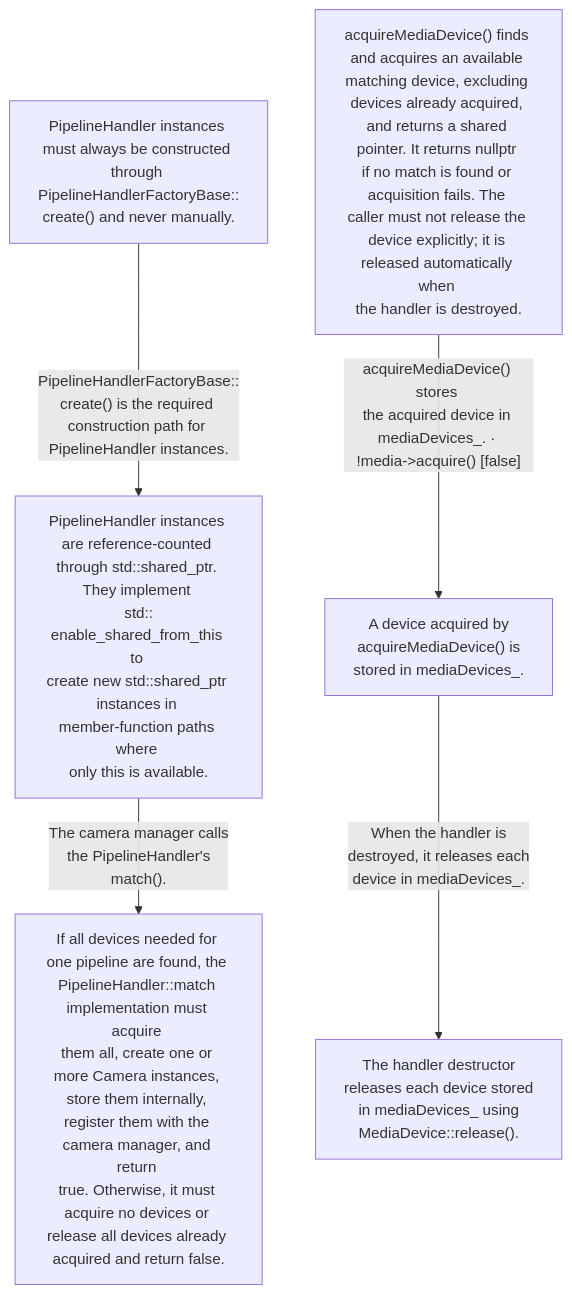
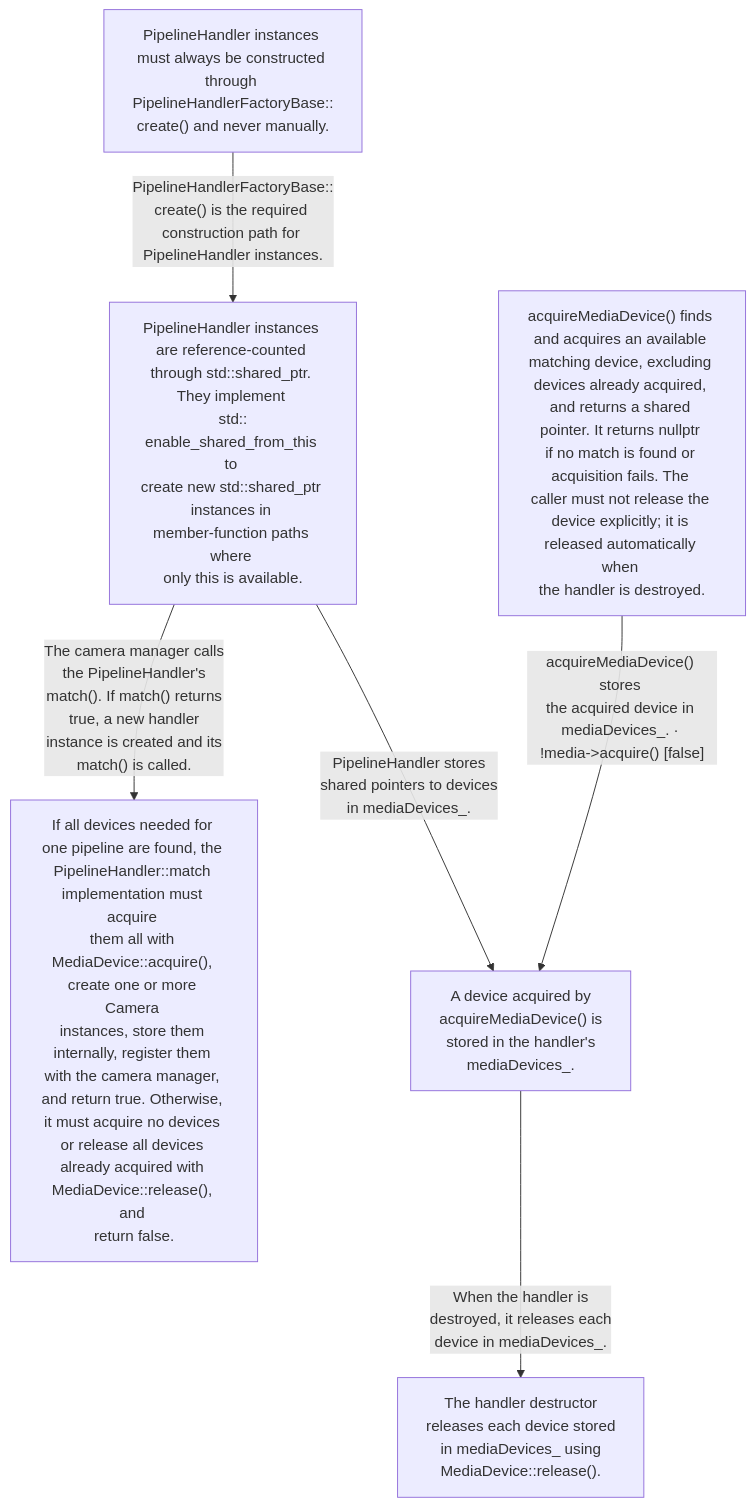
Before and after one commit to TTolsun/libcamera-sdd: the diagram in docs/en/pipeline-handler.handler-device-ownership.mmd, drawn with Mermaid. The commit also changed 146 other files, not shown here.

```diff
--- a/docs/en/pipeline-handler.handler-device-ownership.mmd
+++ b/docs/en/pipeline-handler.handler-device-ownership.mmd
@@ -1,12 +1,13 @@
 flowchart TB
 
   v_factory["PipelineHandler instances <br/>must always be constructed <br/>through <br/>PipelineHandlerFactoryBase::<br/>create#40;#41; and never manually."]
   v_handler["PipelineHandler instances <br/>are reference-counted <br/>through std::shared#95;ptr. <br/>They implement <br/>std::<br/>enable#95;shared#95;from#95;this to <br/>create new std::shared#95;ptr <br/>instances in <br/>member-function paths where <br/>only this is available."]
-  v_match["If all devices needed for <br/>one pipeline are found, the <br/>PipelineHandler::match <br/>implementation must acquire <br/>them all, create one or <br/>more Camera instances, <br/>store them internally, <br/>register them with the <br/>camera manager, and return <br/>true. Otherwise, it must <br/>acquire no devices or <br/>release all devices already <br/>acquired and return false."]
+  v_match["If all devices needed for <br/>one pipeline are found, the <br/>PipelineHandler::match <br/>implementation must acquire <br/>them all with <br/>MediaDevice::acquire#40;#41;, <br/>create one or more Camera <br/>instances, store them <br/>internally, register them <br/>with the camera manager, <br/>and return true. Otherwise, <br/>it must acquire no devices <br/>or release all devices <br/>already acquired with <br/>MediaDevice::release#40;#41;, and <br/>return false."]
   v_search["acquireMediaDevice#40;#41; finds <br/>and acquires an available <br/>matching device, excluding <br/>devices already acquired, <br/>and returns a shared <br/>pointer. It returns nullptr <br/>if no match is found or <br/>acquisition fails. The <br/>caller must not release the <br/>device explicitly; it is <br/>released automatically when <br/>the handler is destroyed."]
-  v_devices["A device acquired by <br/>acquireMediaDevice#40;#41; is <br/>stored in mediaDevices#95;."]
+  v_devices["A device acquired by <br/>acquireMediaDevice#40;#41; is <br/>stored in the handler#39;s <br/>mediaDevices#95;."]
   v_release["The handler destructor <br/>releases each device stored <br/>in mediaDevices#95; using <br/>MediaDevice::release#40;#41;."]
   v_factory -->|"PipelineHandlerFactoryBase::<br/>create#40;#41; is the required <br/>construction path for <br/>PipelineHandler instances."| v_handler
-  v_handler -->|"The camera manager calls <br/>the PipelineHandler#39;s <br/>match#40;#41;."| v_match
+  v_handler -->|"The camera manager calls <br/>the PipelineHandler#39;s <br/>match#40;#41;. If match#40;#41; returns <br/>true, a new handler <br/>instance is created and its <br/>match#40;#41; is called."| v_match
+  v_handler -->|"PipelineHandler stores <br/>shared pointers to devices <br/>in mediaDevices#95;."| v_devices
   v_search -->|"acquireMediaDevice#40;#41; stores <br/>the acquired device in <br/>mediaDevices#95;. · <br/>#33;media-#62;acquire#40;#41; #91;false#93;"| v_devices
   v_devices -->|"When the handler is <br/>destroyed, it releases each <br/>device in mediaDevices#95;."| v_release
```
